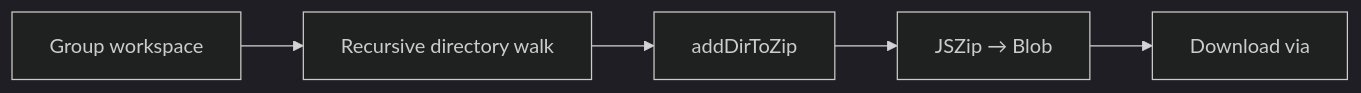
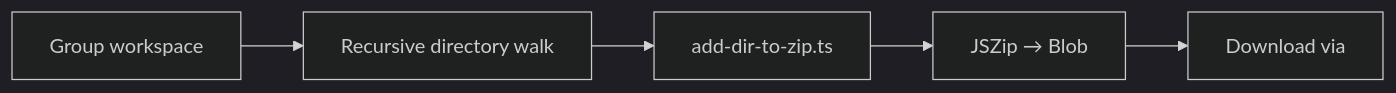
The second of 2 diagrams in docs/architecture/storage.md (xt-ml/shadow-claw), drawn with Mermaid (dark theme) before and after one commit. The commit also changed other lines of this file and 1394 other files, not shown here.

````diff
--- a/docs/architecture/storage.md
+++ b/docs/architecture/storage.md
@@ -162,7 +162,7 @@
 ```mermaid
 flowchart LR
   A[Group workspace] --> B[Recursive directory walk]
-  B --> C[addDirToZip]
+  B --> C[add-dir-to-zip.ts]
   C --> D[JSZip → Blob]
   D --> E["Download via <a href=blob>"]
 ```
````
